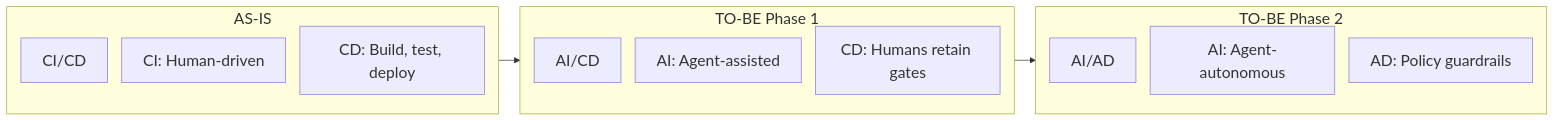
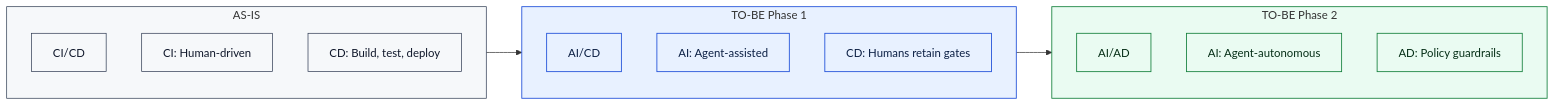
Before and after one commit to torbenanderson/icebox-cli: the first of 2 diagrams in docs/process/README.md, drawn with Mermaid. The commit also changed other lines of this file, not shown here.

Commit message:
docs(process): link Operating Model artifact terms to actual docs
Why:
- Readers need direct navigation to roadmap, backlog, specs, tests, ADRs, and workflows.
- Cross-artifact alignment bullet was descriptive but not actionable without links.

What:
- Add Markdown links for roadmap, backlog, specs, tests, architecture decisions, and workflows.
- Use relative paths from docs/process/ for mdBook and GitHub compatibility.

Scope:
- docs/process/README.md (Operating Model bullet)
- Non-goals: no content changes to linked artifacts

Validation:
- Links verified against existing paths (ROADMAP.md, BACKLOG.md, spec/, TESTING.md, decisions/, .github/workflows/)
- No linter errors

````diff
--- a/docs/process/README.md
+++ b/docs/process/README.md
@@ -13,26 +13,29 @@
 ```mermaid
-%%{init: {'themeVariables': {'fontSize': '22px'}, 'flowchart': {'padding': 15, 'nodeSpacing': 20, 'rankSpacing': 30, 'subGraphTitleMargin': 15}}}%%
 flowchart LR
+  classDef step fill:#F6F8FA,stroke:#2F3B52,stroke-width:1px,color:#0F172A;
+  classDef gate fill:#E8F1FF,stroke:#1D4ED8,stroke-width:1.2px,color:#0B1F44;
+  classDef done fill:#EAFBF2,stroke:#15803D,stroke-width:1.2px,color:#052E16;
+
   subgraph ASIS["AS-IS"]
     direction TB
-    C0[CI/CD]
-    C1[CI: Human-driven]
-    C2[CD: Build, test, deploy]
+    C0[CI/CD]:::step
+    C1[CI: Human-driven]:::step
+    C2[CD: Build, test, deploy]:::step
   end
   subgraph TOBE1["TO-BE Phase 1"]
     direction TB
-    A0[AI/CD]
-    A1[AI: Agent-assisted]
-    A2[CD: Humans retain gates]
+    A0[AI/CD]:::gate
+    A1[AI: Agent-assisted]:::gate
+    A2[CD: Humans retain gates]:::gate
   end
   subgraph TOBE2["TO-BE Phase 2"]
     direction TB
-    D0[AI/AD]
-    D1[AI: Agent-autonomous]
-    D2[AD: Policy guardrails]
+    D0[AI/AD]:::done
+    D1[AI: Agent-autonomous]:::done
+    D2[AD: Policy guardrails]:::done
   end
   ASIS --> TOBE1 --> TOBE2
-  style ASIS min-width: 260px
-  style TOBE1 min-width: 260px
-  style TOBE2 min-width: 260px
+  style ASIS fill:#F6F8FA,stroke:#2F3B52,stroke-width:1px
+  style TOBE1 fill:#E8F1FF,stroke:#1D4ED8,stroke-width:1.2px
+  style TOBE2 fill:#EAFBF2,stroke:#15803D,stroke-width:1.2px
 ```
````
